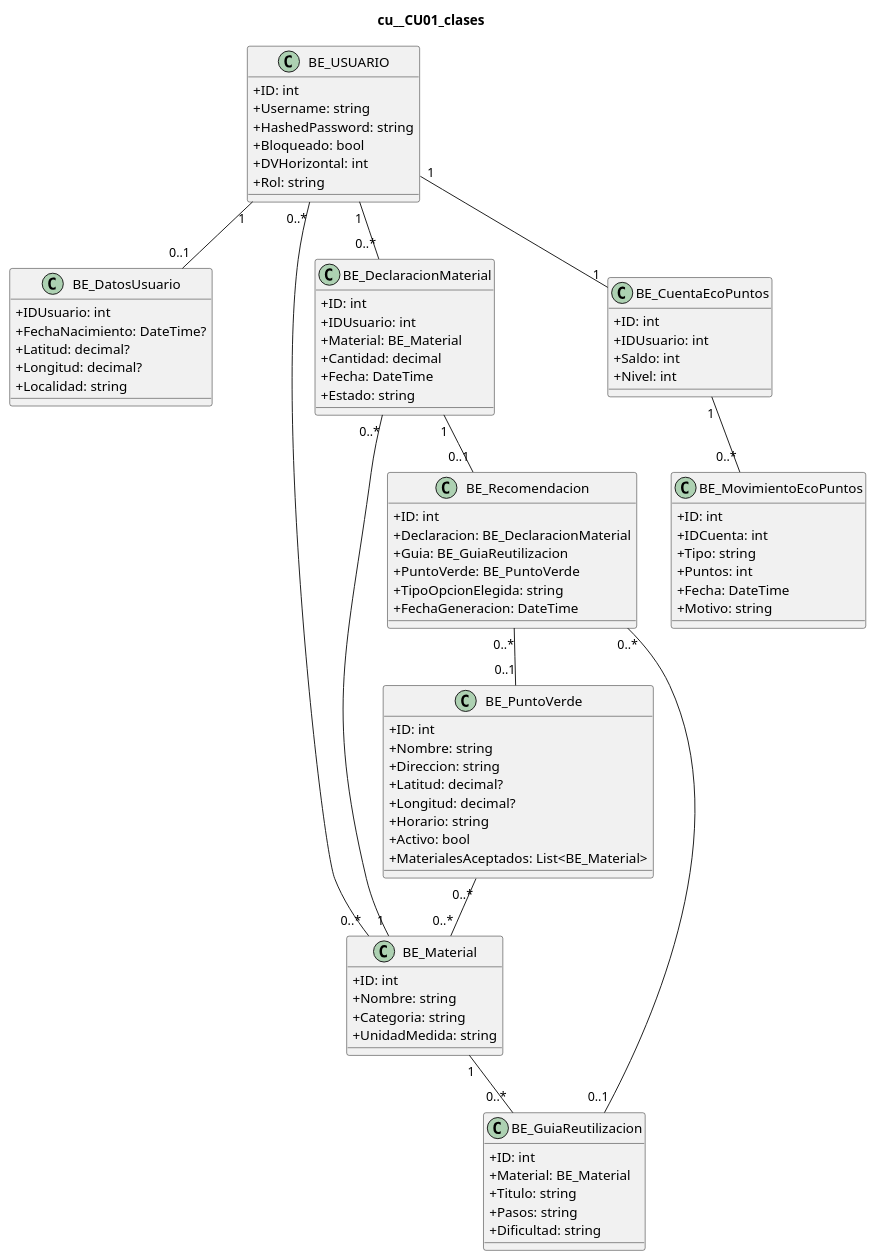
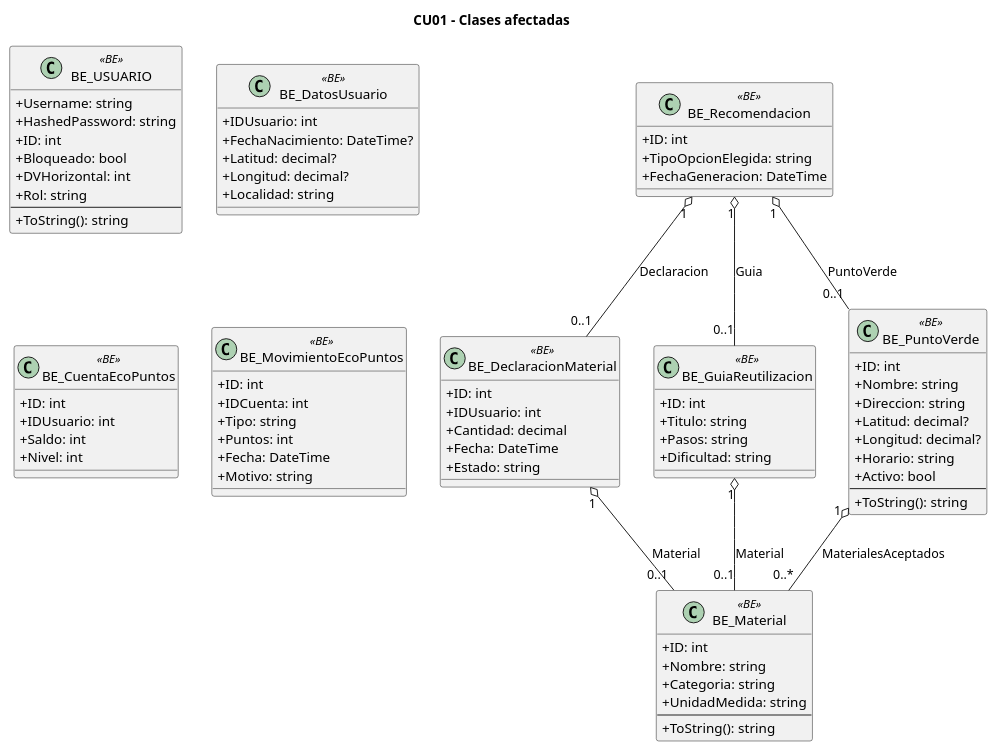
One commit to L-Muniz/uai-diploma_2026 changed the diagram in docs/diagramas/uml/cu__CU01_clases.puml. Above: the diagram before and after it, drawn with PlantUML. The commit also changed 58 other files, not shown here.

Commit message:
Docs: diagramas de clases con la notación de la tercera entrega (paquetes, estereotipos, firmas, asociaciones)

```diff
--- a/docs/diagramas/uml/cu__CU01_clases.puml
+++ b/docs/diagramas/uml/cu__CU01_clases.puml
@@ -1,83 +1,78 @@
 @startuml
 skinparam classAttributeIconSize 0
-title cu__CU01_clases
-class "BE_USUARIO" as USUARIO {
-  +ID: int
+title CU01 - Clases afectadas
+class "BE_USUARIO" as BE_USUARIO <<BE>> {
   +Username: string
   +HashedPassword: string
+  +ID: int
   +Bloqueado: bool
   +DVHorizontal: int
   +Rol: string
+  --
+  +ToString(): string
 }
-class "BE_DatosUsuario" as DATOS_USUARIO {
+class "BE_DatosUsuario" as BE_DatosUsuario <<BE>> {
   +IDUsuario: int
   +FechaNacimiento: DateTime?
   +Latitud: decimal?
   +Longitud: decimal?
   +Localidad: string
 }
-class "BE_DeclaracionMaterial" as DECLARACION {
+class "BE_DeclaracionMaterial" as BE_DeclaracionMaterial <<BE>> {
   +ID: int
   +IDUsuario: int
-  +Material: BE_Material
   +Cantidad: decimal
   +Fecha: DateTime
   +Estado: string
 }
-class "BE_Material" as MATERIAL {
+class "BE_Material" as BE_Material <<BE>> {
   +ID: int
   +Nombre: string
   +Categoria: string
   +UnidadMedida: string
+  --
+  +ToString(): string
 }
-class "BE_Recomendacion" as RECOMENDACION {
+class "BE_Recomendacion" as BE_Recomendacion <<BE>> {
   +ID: int
-  +Declaracion: BE_DeclaracionMaterial
-  +Guia: BE_GuiaReutilizacion
-  +PuntoVerde: BE_PuntoVerde
   +TipoOpcionElegida: string
   +FechaGeneracion: DateTime
 }
-class "BE_GuiaReutilizacion" as GUIA {
+class "BE_GuiaReutilizacion" as BE_GuiaReutilizacion <<BE>> {
   +ID: int
-  +Material: BE_Material
   +Titulo: string
   +Pasos: string
   +Dificultad: string
 }
-class "BE_PuntoVerde" as PUNTO_VERDE {
+class "BE_PuntoVerde" as BE_PuntoVerde <<BE>> {
   +ID: int
   +Nombre: string
   +Direccion: string
   +Latitud: decimal?
   +Longitud: decimal?
   +Horario: string
   +Activo: bool
-  +MaterialesAceptados: List<BE_Material>
+  --
+  +ToString(): string
 }
-class "BE_CuentaEcoPuntos" as CUENTA {
+class "BE_CuentaEcoPuntos" as BE_CuentaEcoPuntos <<BE>> {
   +ID: int
   +IDUsuario: int
   +Saldo: int
   +Nivel: int
 }
-class "BE_MovimientoEcoPuntos" as MOVIMIENTO {
+class "BE_MovimientoEcoPuntos" as BE_MovimientoEcoPuntos <<BE>> {
   +ID: int
   +IDCuenta: int
   +Tipo: string
   +Puntos: int
   +Fecha: DateTime
   +Motivo: string
 }
-USUARIO "1" -- "0..*" DECLARACION
-DECLARACION "0..*" -- "1" MATERIAL
-DECLARACION "1" -- "0..1" RECOMENDACION
-RECOMENDACION "0..*" -- "0..1" GUIA
-RECOMENDACION "0..*" -- "0..1" PUNTO_VERDE
-PUNTO_VERDE "0..*" -- "0..*" MATERIAL
-USUARIO "1" -- "1" CUENTA
-CUENTA "1" -- "0..*" MOVIMIENTO
-MATERIAL "1" -- "0..*" GUIA
-USUARIO "1" -- "0..1" DATOS_USUARIO
-USUARIO "0..*" -- "0..*" MATERIAL
+BE_DeclaracionMaterial "1" o-- "0..1" BE_Material : Material
+BE_Recomendacion "1" o-- "0..1" BE_DeclaracionMaterial : Declaracion
+BE_Recomendacion "1" o-- "0..1" BE_GuiaReutilizacion : Guia
+BE_Recomendacion "1" o-- "0..1" BE_PuntoVerde : PuntoVerde
+BE_GuiaReutilizacion "1" o-- "0..1" BE_Material : Material
+BE_PuntoVerde "1" o-- "0..*" BE_Material : MaterialesAceptados
 @enduml
```
